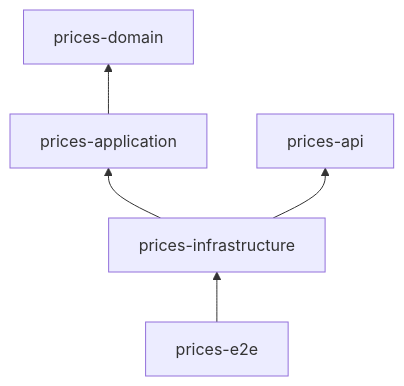
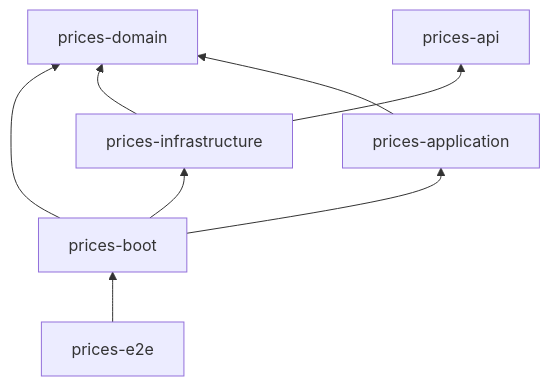
Before and after one commit to burillolo/inditex-prices: the diagram in README.md, drawn with Mermaid. The commit also changed other lines of this file and 32 other files, not shown here.

````diff
--- a/README.md
+++ b/README.md
@@ -92,7 +92,10 @@
 ```mermaid
 flowchart BT
-    e2e[prices-e2e] --> infrastructure[prices-infrastructure]
-    infrastructure --> application[prices-application]
+    e2e[prices-e2e] --> boot[prices-boot]
+    boot --> infrastructure[prices-infrastructure]
+    boot --> application[prices-application]
+    boot --> domain[prices-domain]
+    infrastructure --> domain
     infrastructure --> api[prices-api]
-    application --> domain[prices-domain]
+    application --> domain
 ```
````
